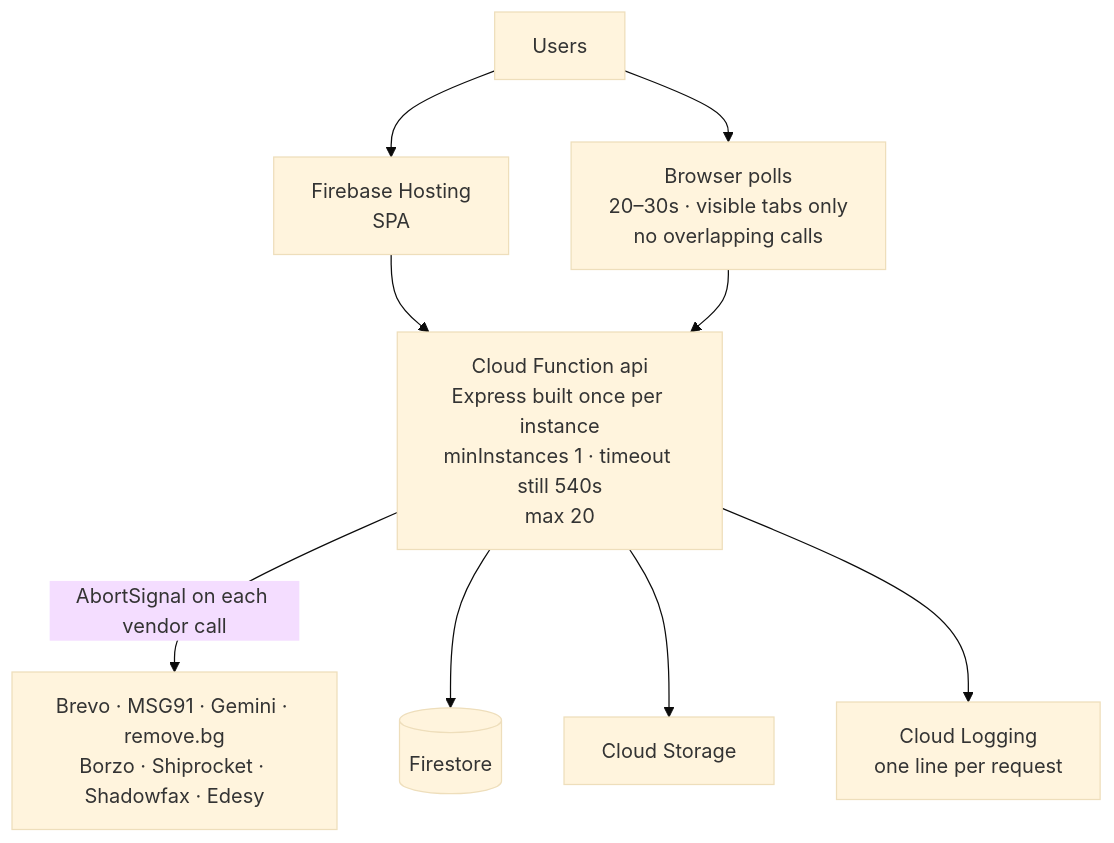
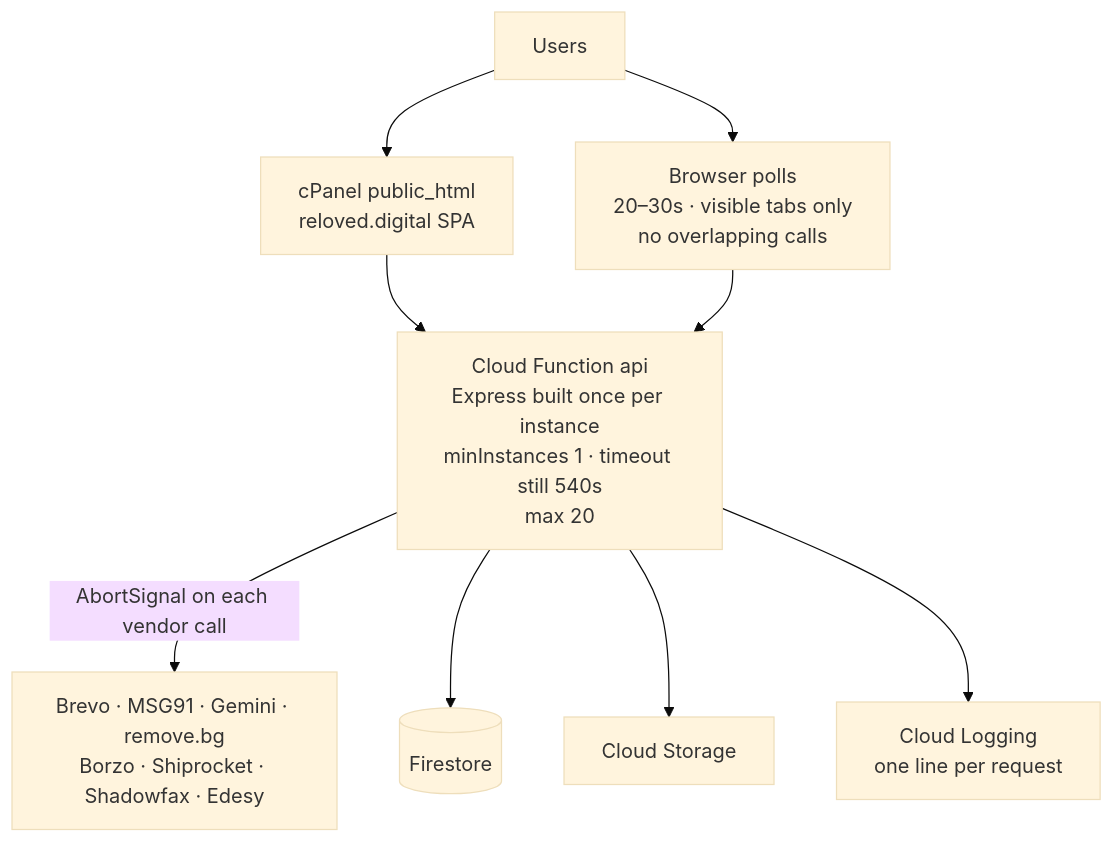
One commit to Aniketgupta101/reloved changed the diagram in Docs/SCALABILITY_PHASE_0_HOTFIX.md. Above: the diagram before and after it, drawn with Mermaid (base theme). The commit also changed other lines of this file and 24 other files, not shown here.

````diff
--- a/Docs/SCALABILITY_PHASE_0_HOTFIX.md
+++ b/Docs/SCALABILITY_PHASE_0_HOTFIX.md
@@ -363,20 +364,20 @@
 ```mermaid
 flowchart TD
   user[Users]
-  host[Firebase Hosting<br/>SPA]
+  host[cPanel public_html<br/>reloved.digital SPA]
   api[Cloud Function api<br/>Express built once per instance<br/>minInstances 1 · timeout still 540s<br/>max 20]
   fs[(Firestore)]
   gcs[Cloud Storage]
   vendors[Brevo · MSG91 · Gemini · remove.bg<br/>Borzo · Shiprocket · Shadowfax · Edesy]
   logs[Cloud Logging<br/>one line per request]
   poll[Browser polls<br/>20–30s · visible tabs only<br/>no overlapping calls]
 
   user --> host
   user --> poll
   host --> api
   poll --> api
   api -->|AbortSignal on each vendor call| vendors
   api --> fs
   api --> gcs
   api --> logs
 ```
````
